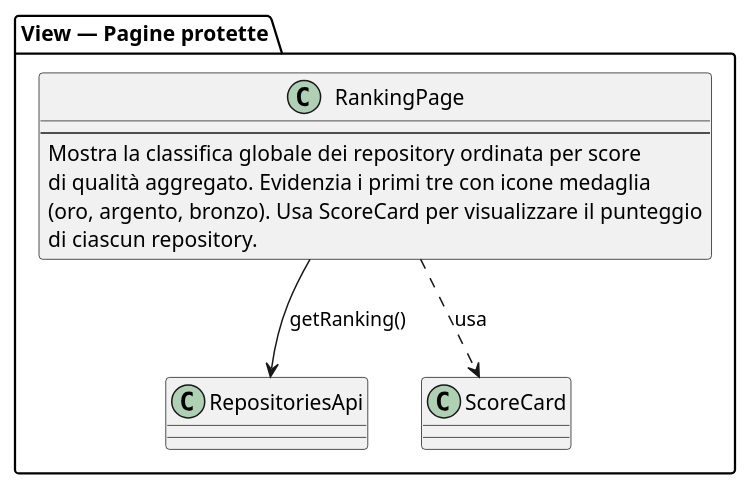
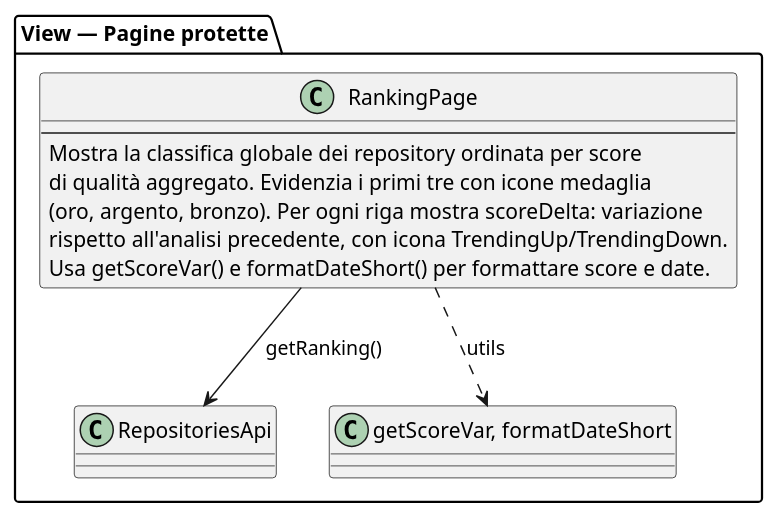
Before and after one commit to SkarabGroup/DocumentazioneProgetto: the diagram in assets/st_diagrams/code/frontend/pages/ranking_page.plantuml, drawn with PlantUML. The commit also changed 42 other files, not shown here.

Commit message:
Diagrammi e sezione frontend ST

```diff
--- a/assets/st_diagrams/code/frontend/pages/ranking_page.plantuml
+++ b/assets/st_diagrams/code/frontend/pages/ranking_page.plantuml
@@ -1,14 +1,15 @@
 @startuml
 package "View — Pagine protette" {
   class RankingPage {
     --
     Mostra la classifica globale dei repository ordinata per score
     di qualità aggregato. Evidenzia i primi tre con icone medaglia
-    (oro, argento, bronzo). Usa ScoreCard per visualizzare il punteggio
-    di ciascun repository.
+    (oro, argento, bronzo). Per ogni riga mostra scoreDelta: variazione
+    rispetto all'analisi precedente, con icona TrendingUp/TrendingDown.
+    Usa getScoreVar() e formatDateShort() per formattare score e date.
   }
 
   RankingPage --> "RepositoriesApi" : getRanking()
-  RankingPage ..> "ScoreCard" : usa
+  RankingPage ..> "getScoreVar, formatDateShort" : utils
 }
 @enduml
```
